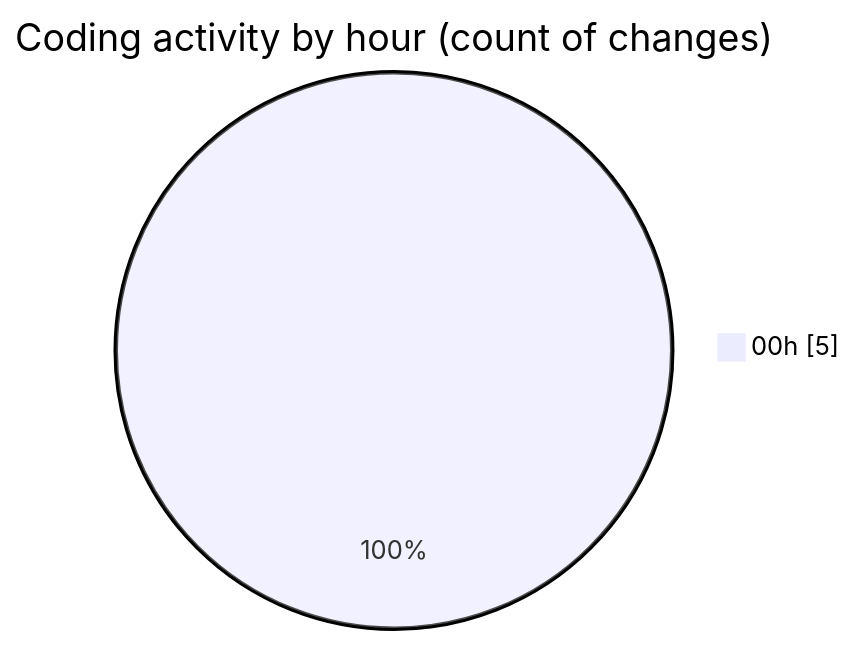
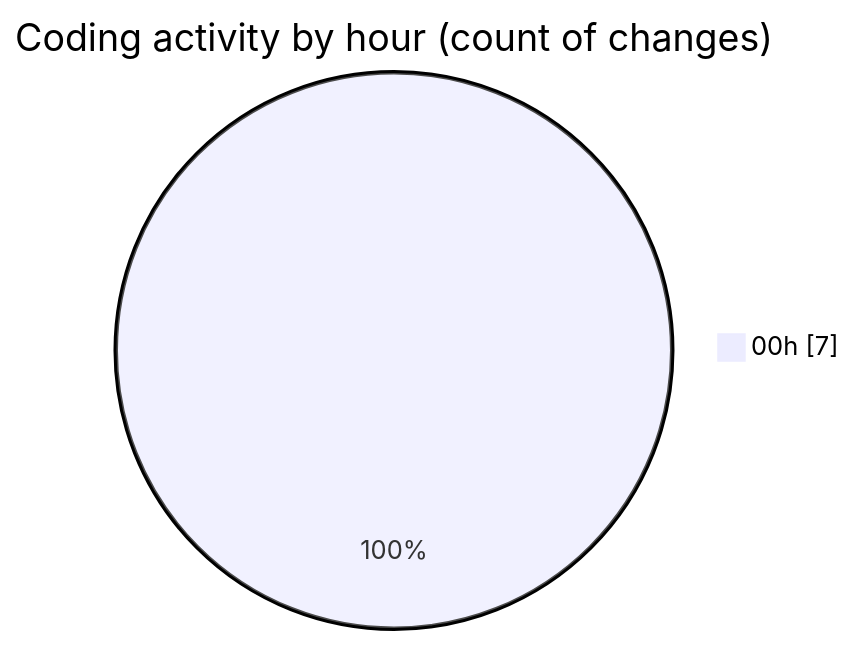
One commit to NitaiMahat/code-tracking changed the second of 2 diagrams in 2025-05-27/minisocialnetwork/README.md. Above: the diagram before and after it, drawn with Mermaid. The commit also changed other lines of this file and 1 other file, not shown here.

````diff
--- a/2025-05-27/minisocialnetwork/README.md
+++ b/2025-05-27/minisocialnetwork/README.md
@@ -30,5 +31,5 @@
 ```mermaid
 pie showData
 title Coding activity by hour (count of changes)
-"00h" : 5
+"00h" : 7
 ```
````
